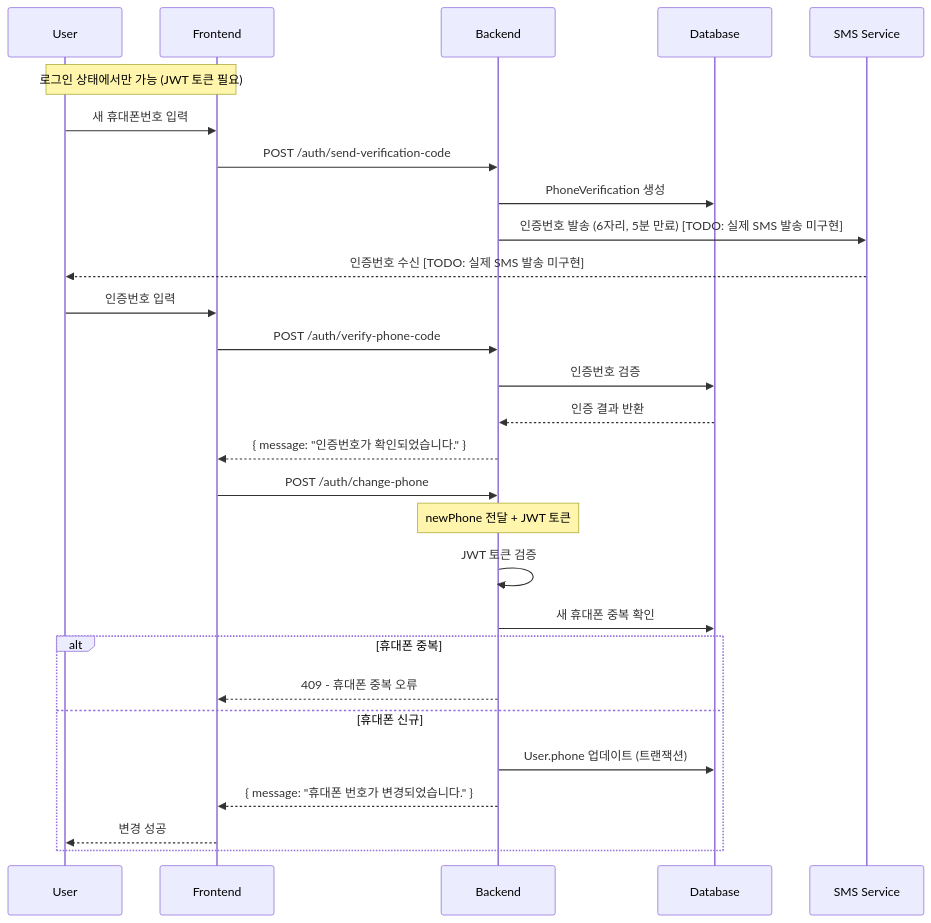
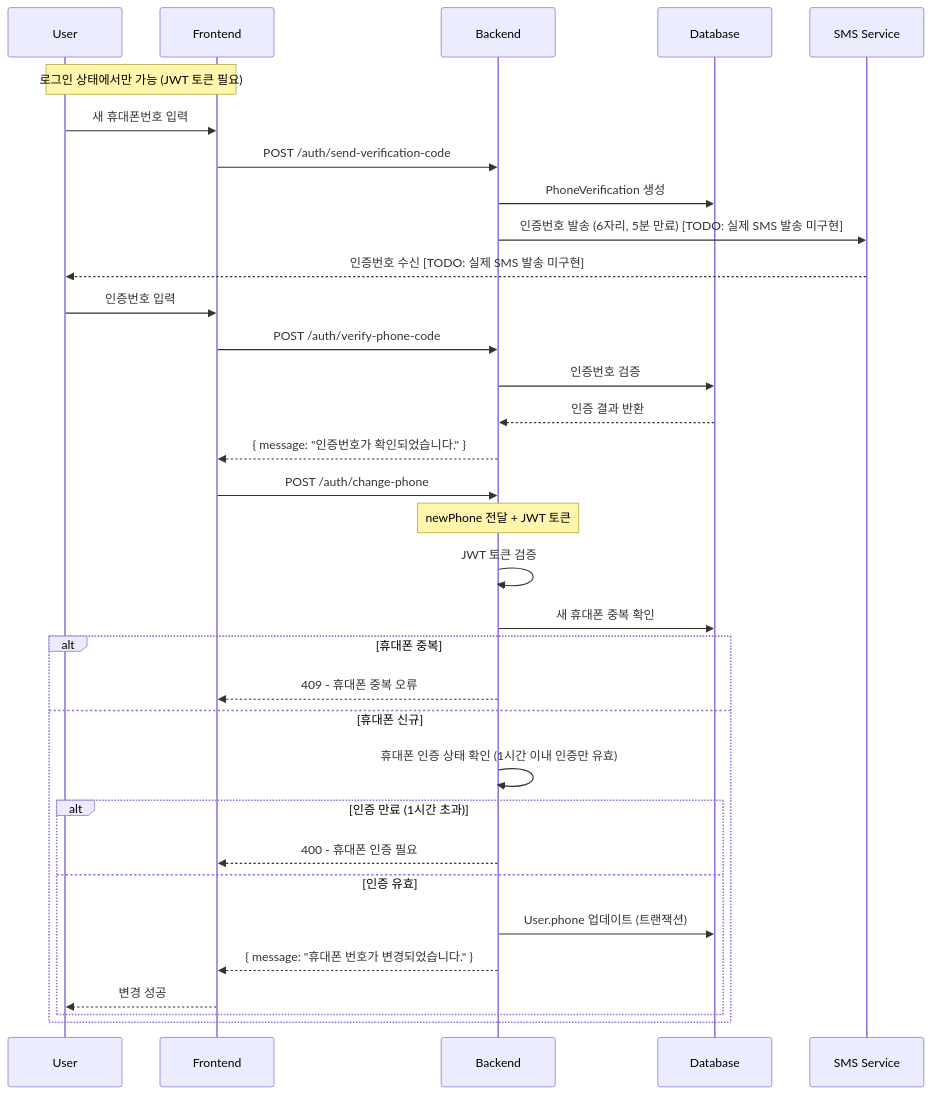
One commit to ServicePlayground/sweet-order changed the eighth of 9 diagrams in apps/web-user/backend/docs/통합 로그인 및 회원가입 - 가이드.md. Above: the diagram before and after it, drawn with Mermaid. The commit also changed other lines of this file and 4 other files, not shown here.

Commit message:
[WEB-USER][BE][FEAT]: 휴대폰 인증 상태 확인 기능 추가 - 인증 완료 후 1시간 이내 유효성 검사 로직 구현, 관련 API 수정 및 Swagger 응답 데코레이터 추가

````diff
--- a/apps/web-user/backend/docs/통합 로그인 및 회원가입 - 가이드.md
+++ b/apps/web-user/backend/docs/통합 로그인 및 회원가입 - 가이드.md
@@ -334,35 +352,40 @@
 ```mermaid
 sequenceDiagram
     participant U as User
     participant F as Frontend
     participant B as Backend
     participant DB as Database
     participant SMS as SMS Service
 
     Note over U,F: 로그인 상태에서만 가능 (JWT 토큰 필요)
 
     U->>F: 새 휴대폰번호 입력
     F->>B: POST /auth/send-verification-code
     B->>DB: PhoneVerification 생성
     B->>SMS: 인증번호 발송 (6자리, 5분 만료) [TODO: 실제 SMS 발송 미구현]
     SMS-->>U: 인증번호 수신 [TODO: 실제 SMS 발송 미구현]
 
     U->>F: 인증번호 입력
     F->>B: POST /auth/verify-phone-code
     B->>DB: 인증번호 검증
     DB-->>B: 인증 결과 반환
     B-->>F: { message: "인증번호가 확인되었습니다." }
 
     F->>B: POST /auth/change-phone
     Note over B: newPhone 전달 + JWT 토큰
     B->>B: JWT 토큰 검증
     B->>DB: 새 휴대폰 중복 확인
 
     alt 휴대폰 중복
         B-->>F: 409 - 휴대폰 중복 오류
     else 휴대폰 신규
-        B->>DB: User.phone 업데이트 (트랜잭션)
-        B-->>F: { message: "휴대폰 번호가 변경되었습니다." }
-        F-->>U: 변경 성공
+        B->>B: 휴대폰 인증 상태 확인 (1시간 이내 인증만 유효)
+        alt 인증 만료 (1시간 초과)
+            B-->>F: 400 - 휴대폰 인증 필요
+        else 인증 유효
+            B->>DB: User.phone 업데이트 (트랜잭션)
+            B-->>F: { message: "휴대폰 번호가 변경되었습니다." }
+            F-->>U: 변경 성공
+        end
     end
 ```
````
